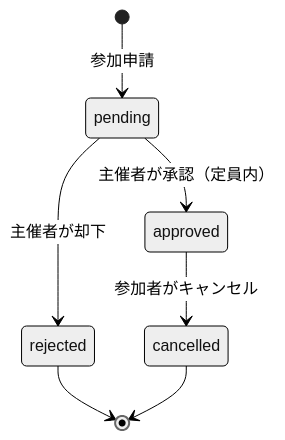
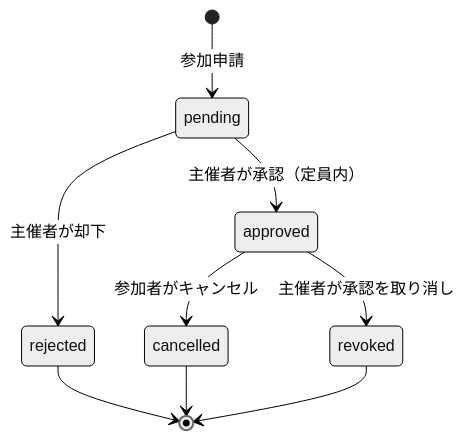
One commit to sysnovastudio-byte/nagoya-volleyball-matching changed the second of 2 diagrams in docs/06_データベース設計.md. Above: the diagram before and after it, drawn with Mermaid (neutral theme). The commit also changed other lines of this file and 6 other files, not shown here.

````diff
--- a/docs/06_データベース設計.md
+++ b/docs/06_データベース設計.md
@@ -147,9 +149,11 @@
 ```mermaid
 stateDiagram-v2
     [*] --> pending : 参加申請
     pending --> approved : 主催者が承認（定員内）
     pending --> rejected : 主催者が却下
     approved --> cancelled : 参加者がキャンセル
+    approved --> revoked : 主催者が承認を取り消し
     rejected --> [*]
     cancelled --> [*]
+    revoked --> [*]
 ```
````
